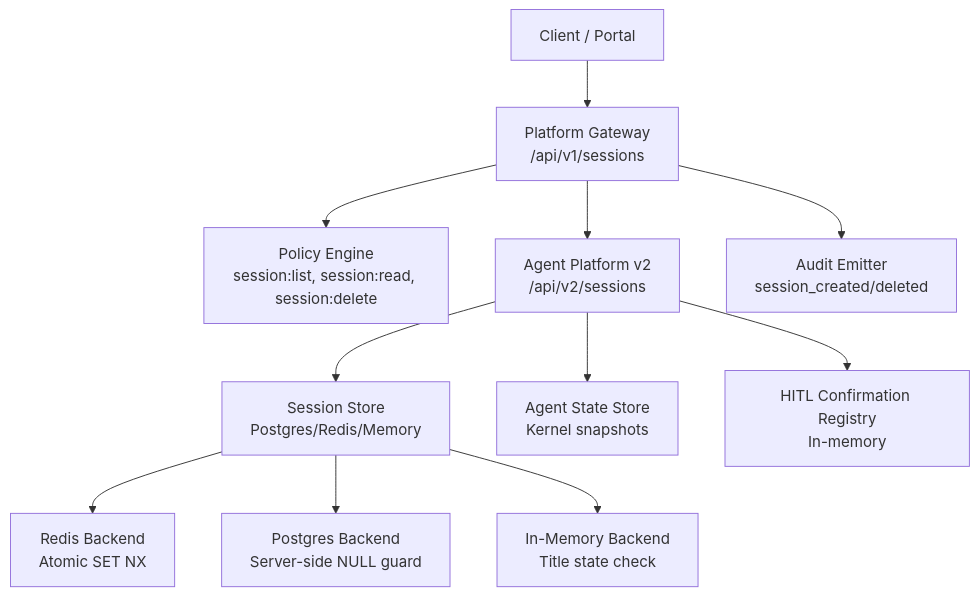
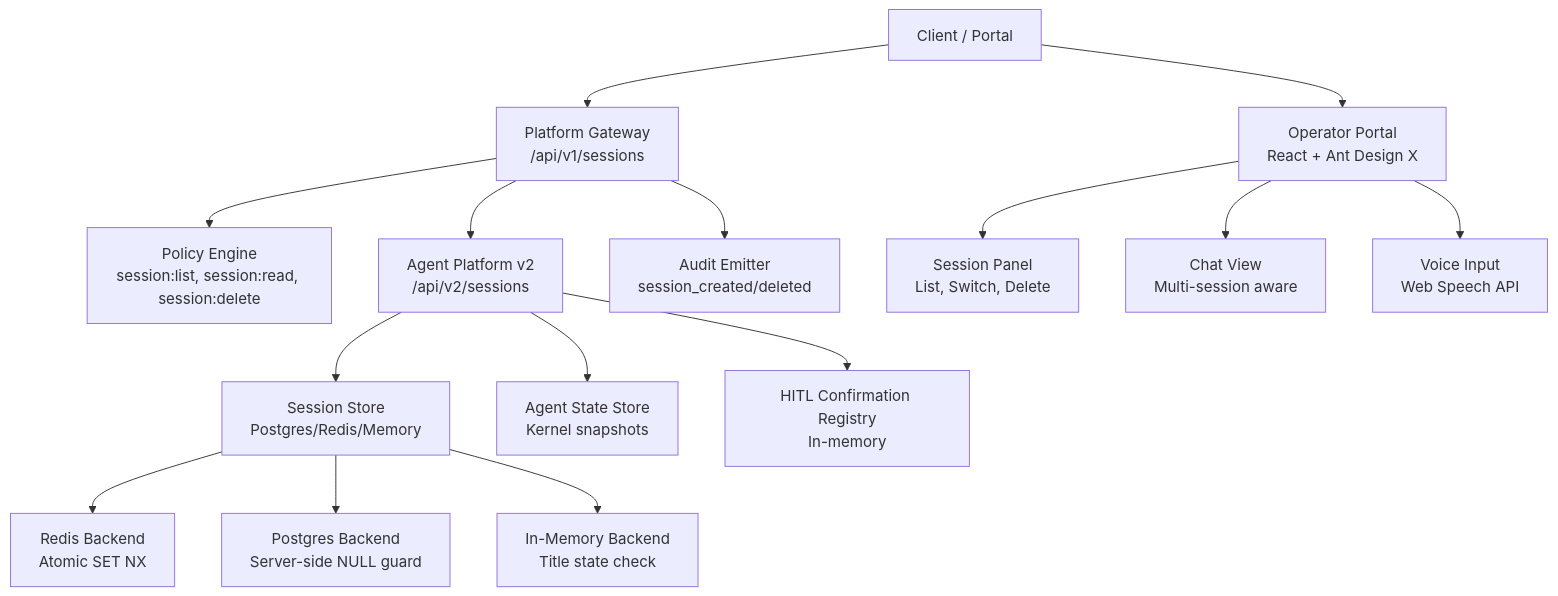
The first of 8 diagrams in .qoder/repowiki/en/content/Architecture Documentation/SPEC-022_ Multi-Session Operator Workspace.md (metasync/luban-aiops), drawn with Mermaid before and after one commit. The commit also changed other lines of this file and 51 other files, not shown here.

````diff
--- a/.qoder/repowiki/en/content/Architecture Documentation/SPEC-022_ Multi-Session Operator Workspace.md
+++ b/.qoder/repowiki/en/content/Architecture Documentation/SPEC-022_ Multi-Session Operator Workspace.md
@@ -68,13 +78,17 @@
 ```mermaid
 graph TB
 Client["Client / Portal"] --> Gateway["Platform Gateway<br/>/api/v1/sessions"]
 Gateway --> Policy["Policy Engine<br/>session:list, session:read, session:delete"]
 Gateway --> Agent["Agent Platform v2<br/>/api/v2/sessions"]
 Agent --> Store["Session Store<br/>Postgres/Redis/Memory"]
 Store --> Redis["Redis Backend<br/>Atomic SET NX"]
 Store --> Postgres["Postgres Backend<br/>Server-side NULL guard"]
 Store --> Memory["In-Memory Backend<br/>Title state check"]
 Agent --> State["Agent State Store<br/>Kernel snapshots"]
 Agent --> HITL["HITL Confirmation Registry<br/>In-memory"]
 Gateway --> Audit["Audit Emitter<br/>session_created/deleted"]
+Client --> Portal["Operator Portal<br/>React + Ant Design X"]
+Portal --> SessionPanel["Session Panel<br/>List, Switch, Delete"]
+Portal --> ChatView["Chat View<br/>Multi-session aware"]
+Portal --> VoiceInput["Voice Input<br/>Web Speech API"]
 ```
````
